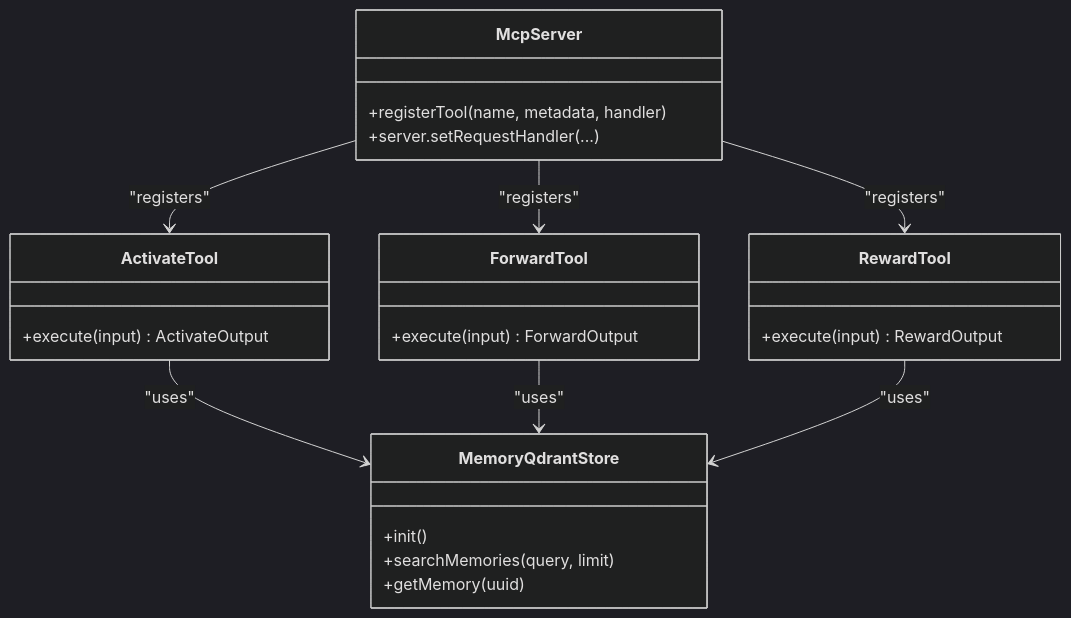
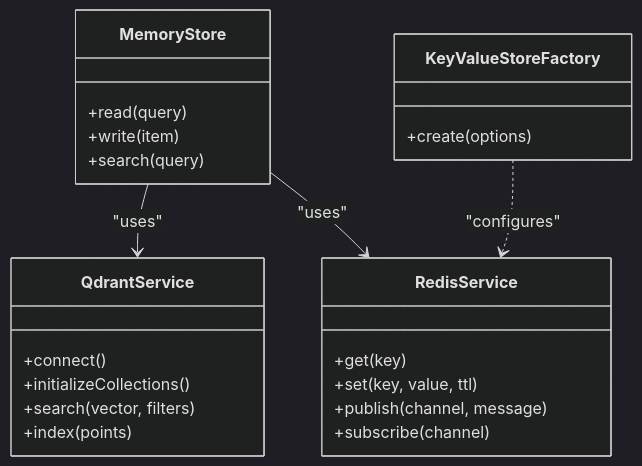
One commit to debian777/kairos-mcp changed the fifth of 8 diagrams in .qoder/repowiki/en/content/Project Overview/Architecture Overview.md. Above: the diagram before and after it, drawn with Mermaid (dark theme). The commit also changed other lines of this file and 724 other files, not shown here.

````diff
--- a/.qoder/repowiki/en/content/Project Overview/Architecture Overview.md
+++ b/.qoder/repowiki/en/content/Project Overview/Architecture Overview.md
@@ -215,27 +321,26 @@
 ```mermaid
 classDiagram
-class McpServer {
-+registerTool(name, metadata, handler)
-+server.setRequestHandler(...)
+class MemoryStore {
++read(query)
++write(item)
++search(query)
 }
-class ActivateTool {
-+execute(input) ActivateOutput
+class QdrantService {
++connect()
++initializeCollections()
++search(vector, filters)
++index(points)
 }
-class ForwardTool {
-+execute(input) ForwardOutput
+class RedisService {
++get(key)
++set(key, value, ttl)
++publish(channel, message)
++subscribe(channel)
 }
-class RewardTool {
-+execute(input) RewardOutput
+class KeyValueStoreFactory {
++create(options)
 }
-class MemoryQdrantStore {
-+init()
-+searchMemories(query, limit)
-+getMemory(uuid)
-}
-McpServer --> ActivateTool : "registers"
-McpServer --> ForwardTool : "registers"
-McpServer --> RewardTool : "registers"
-ActivateTool --> MemoryQdrantStore : "uses"
-ForwardTool --> MemoryQdrantStore : "uses"
-RewardTool --> MemoryQdrantStore : "uses"
+MemoryStore --> QdrantService : "uses"
+MemoryStore --> RedisService : "uses"
+KeyValueStoreFactory ..> RedisService : "configures"
 ```
````
